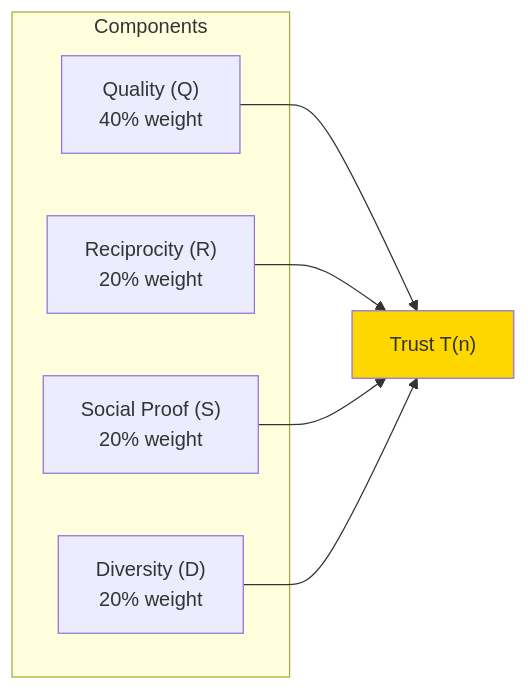
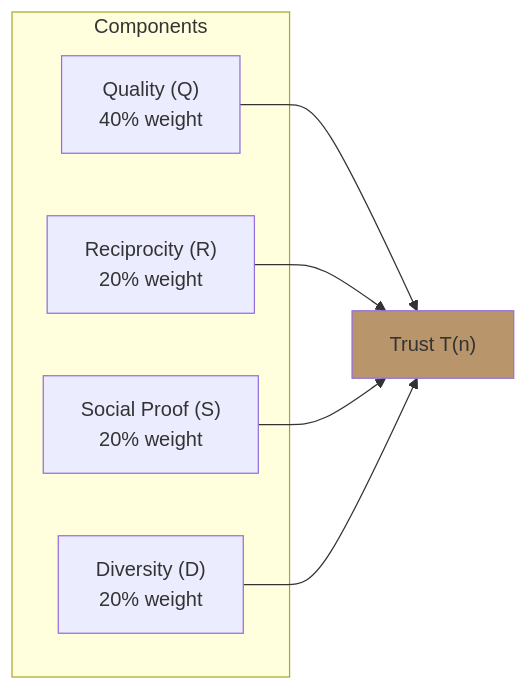
The first of 5 diagrams in docs/tutorials/understanding-trust.md (ScopeCreep-zip/Symbiont), drawn with Mermaid before and after one commit. The commit also changed other lines of this file and 17 other files, not shown here.

Commit message:
update to diagram colors

````diff
--- a/docs/tutorials/understanding-trust.md
+++ b/docs/tutorials/understanding-trust.md
@@ -24,16 +24,16 @@
 ```mermaid
 graph LR
     subgraph "Components"
         Q["Quality (Q)<br/>40% weight"]
         R["Reciprocity (R)<br/>20% weight"]
         S["Social Proof (S)<br/>20% weight"]
         D["Diversity (D)<br/>20% weight"]
     end
 
     Q --> T["Trust T(n)"]
     R --> T
     S --> T
     D --> T
 
-    style T fill:#FFD700
+    style T fill:#b8956b
 ```
````
